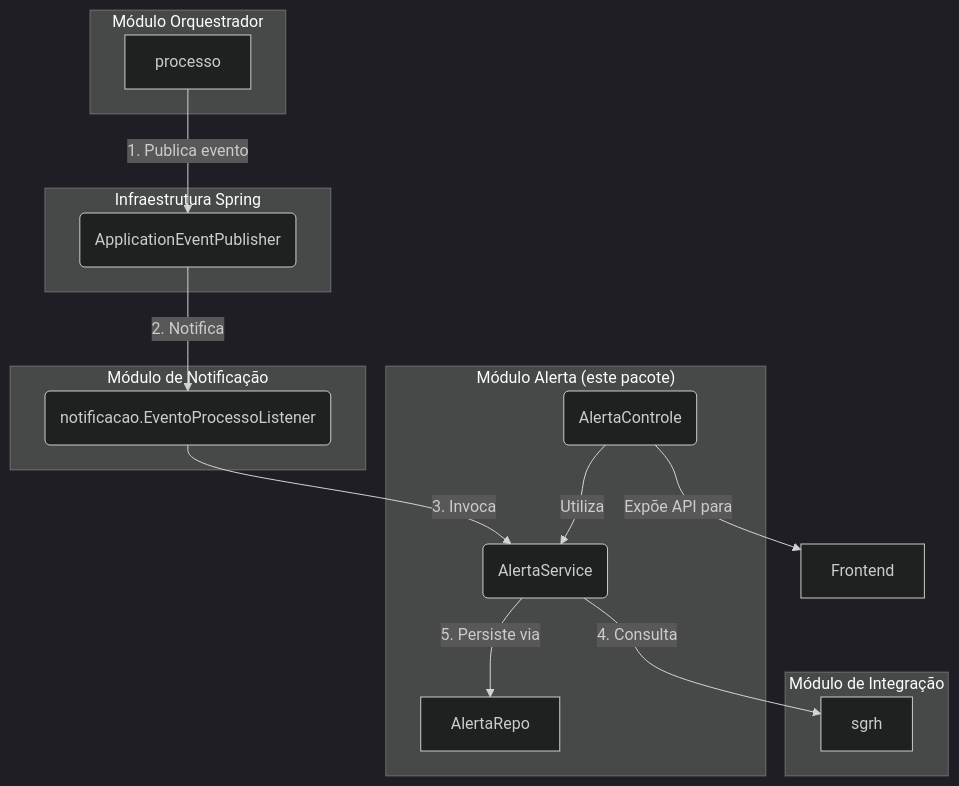
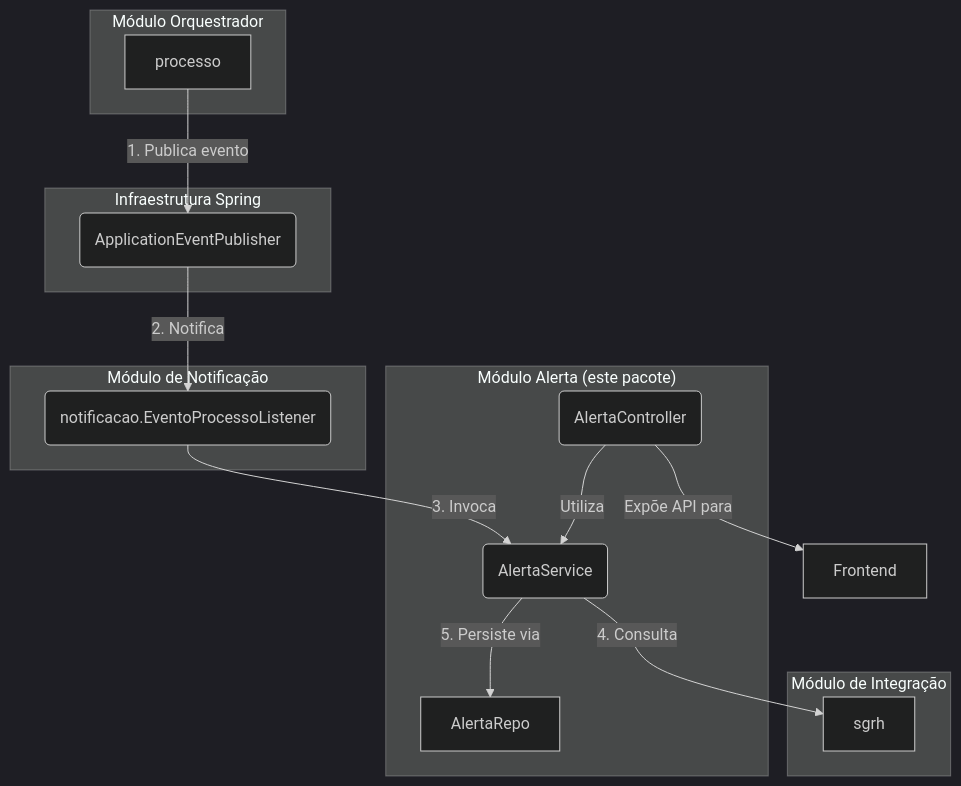
The diagram in backend/src/main/java/sgc/alerta/README.md (lgalvao/sgc), drawn with Mermaid (dark theme) before and after one commit. The commit also changed other lines of this file and 13 other files, not shown here.

````diff
--- a/backend/src/main/java/sgc/alerta/README.md
+++ b/backend/src/main/java/sgc/alerta/README.md
@@ -11,33 +11,33 @@
 ```mermaid
 graph TD
     subgraph "Módulo Orquestrador"
         P[processo]
     end
 
     subgraph "Infraestrutura Spring"
         EventBus(ApplicationEventPublisher)
     end
 
     subgraph "Módulo de Notificação"
         Listener(notificacao.EventoProcessoListener)
     end
 
     subgraph "Módulo Alerta (este pacote)"
         Service(AlertaService)
-        Controle(AlertaControle)
+        Controle(AlertaController)
         Repo[AlertaRepo]
     end
 
     subgraph "Módulo de Integração"
         SGRH[sgrh]
     end
 
     P -- 1. Publica evento --> EventBus
     EventBus -- 2. Notifica --> Listener
     Listener -- 3. Invoca --> Service
     Service -- 4. Consulta --> SGRH
     Service -- 5. Persiste via --> Repo
 
     Controle -- Expõe API para --> Frontend
     Controle -- Utiliza --> Service
 ```
````
